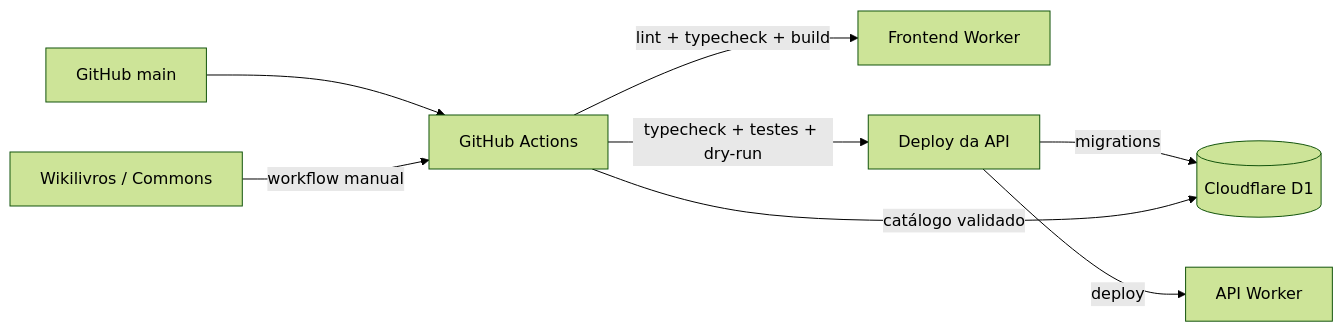
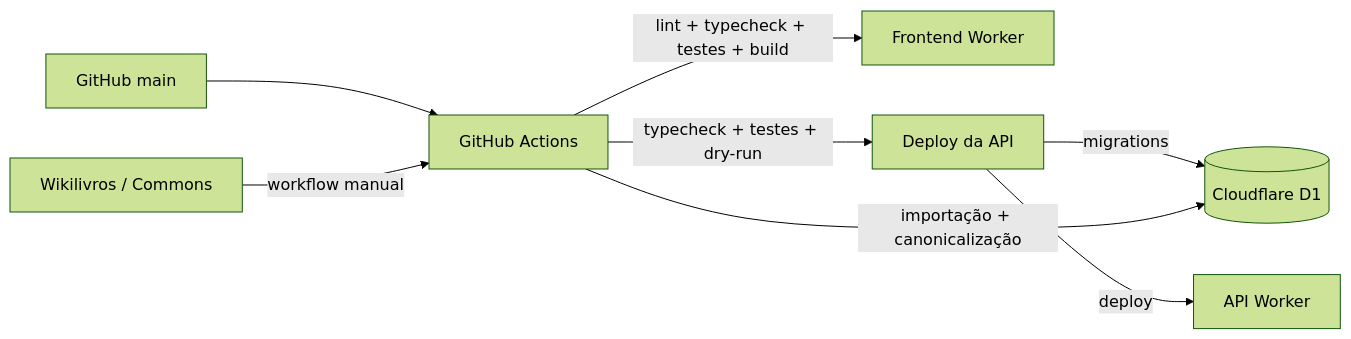
Before and after one commit to pitado/receitando: the third of 3 diagrams in docs/architecture.md, drawn with Mermaid (forest theme). The commit also changed other lines of this file, not shown here.

````diff
--- a/docs/architecture.md
+++ b/docs/architecture.md
@@ -155,17 +192,17 @@
 ```mermaid
 flowchart LR
     G[GitHub main]
     CI[GitHub Actions]
     FW[Frontend Worker]
     AW[API Worker]
     D1[(Cloudflare D1)]
     WM[Wikilivros / Commons]
 
     G --> CI
-    CI -->|lint + typecheck + build| FW
+    CI -->|lint + typecheck + testes + build| FW
     CI -->|typecheck + testes + dry-run| ADEP[Deploy da API]
     ADEP -->|migrations| D1
     ADEP -->|deploy| AW
     WM -->|workflow manual| CI
-    CI -->|catálogo validado| D1
+    CI -->|importação + canonicalização| D1
 ```
````
